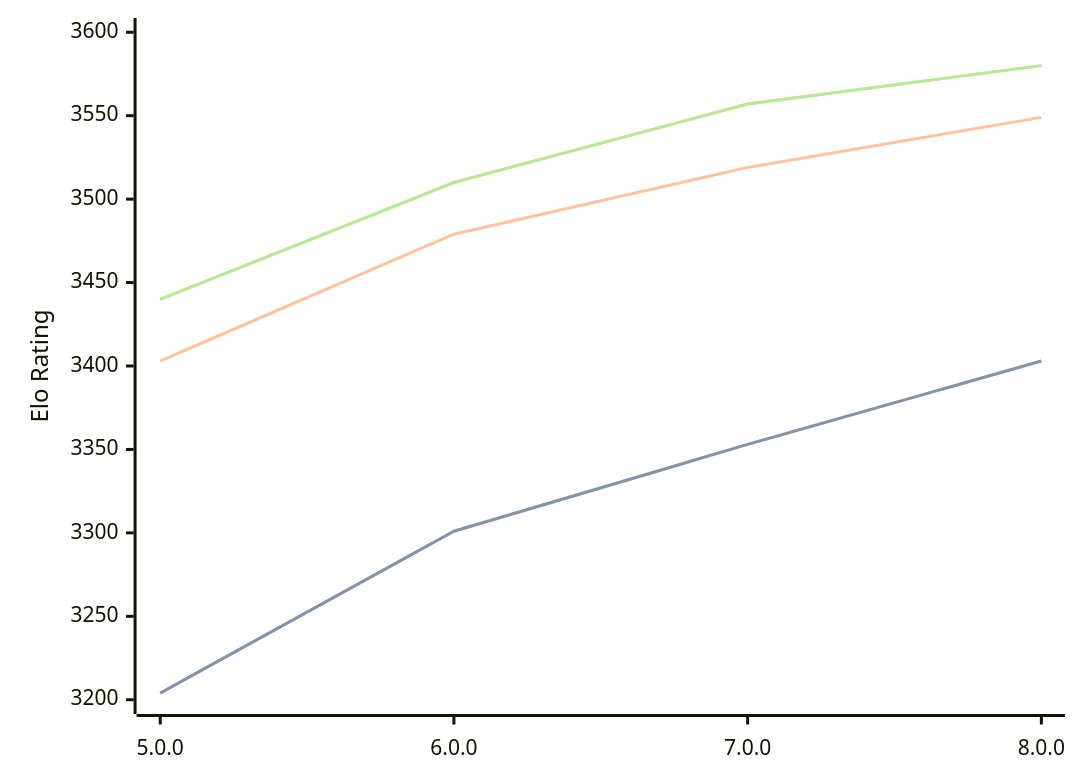
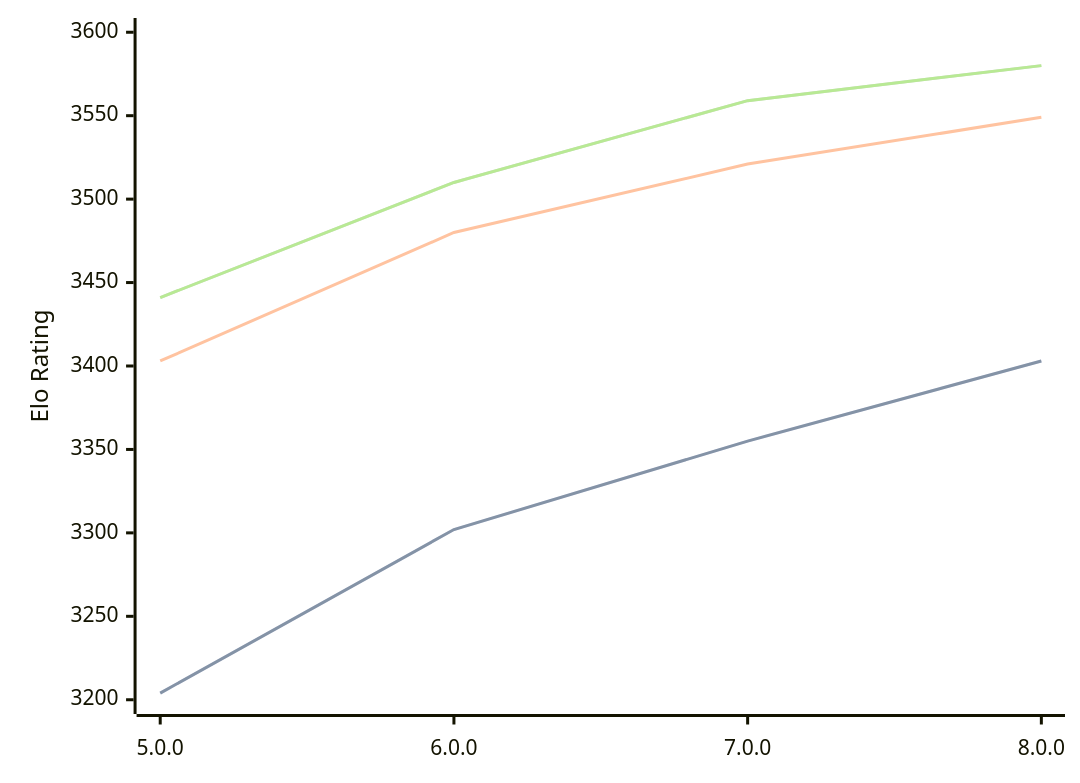
One commit to computer-chess-index/cci changed the diagram in engines/Stormphrax.md. Above: the diagram before and after it, drawn with Mermaid. The commit also changed other lines of this file, not shown here.

Commit message:
Update CCI Ratings (ELO VLTC) - 2026-09-09

````diff
--- a/engines/Stormphrax.md
+++ b/engines/Stormphrax.md
@@ -34,11 +34,11 @@
 ```mermaid
 %%{init: {"theme":"base","themeVariables":{"seriesColors:['#a3a3a3','#222221','#faa371']}}}%%
 xychart-beta
   x-axis ["5.0.0", "6.0.0", "7.0.0", "8.0.0"]
   y-axis "Elo Rating" 3200 --> 3600
-  line "" [3204, 3301, 3353, 3403]
-  line "STC (8.0+0.08s)" [3204, 3301, 3353, 3403]
-  line "LTC (60.0+0.60s)" [3403, 3479, 3519, 3549]
-  line "" [3440, 3510, 3557, 3580]
-  line "VLTC (2m24s+1.12s)" [3440, 3510, 3557, 3580]
+  line "" [3204, 3302, 3355, 3403]
+  line "STC (8.0+0.08s)" [3204, 3302, 3355, 3403]
+  line "LTC (60.0+0.60s)" [3403, 3480, 3521, 3549]
+  line "" [3441, 3510, 3559, 3580]
+  line "VLTC (2m24s+1.12s)" [3441, 3510, 3559, 3580]
 ```
````
